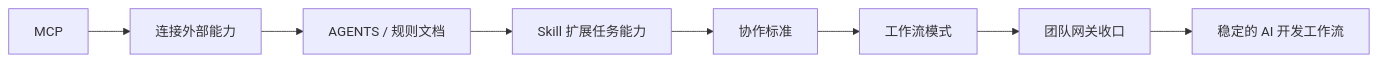
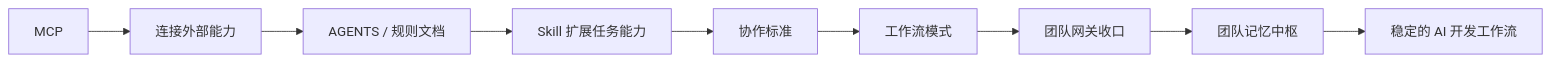
The diagram in AI/AI协作基础设施专题/README.md (nishigepi8/note), drawn with Mermaid before and after one commit. The commit also changed other lines of this file and 6 other files, not shown here.

First line of the commit message:
docs: add TencentDB Agent Memory architecture article

````diff
--- a/AI/AI协作基础设施专题/README.md
+++ b/AI/AI协作基础设施专题/README.md
@@ -18,10 +18,11 @@
 ```mermaid
 flowchart LR
     A[MCP] --> B[连接外部能力]
     B --> C[AGENTS / 规则文档]
     C --> D[Skill 扩展任务能力]
     D --> E[协作标准]
     E --> G[工作流模式]
     G --> H[团队网关收口]
-    H --> F[稳定的 AI 开发工作流]
+    H --> I[团队记忆中枢]
+    I --> F[稳定的 AI 开发工作流]
 ```
````
